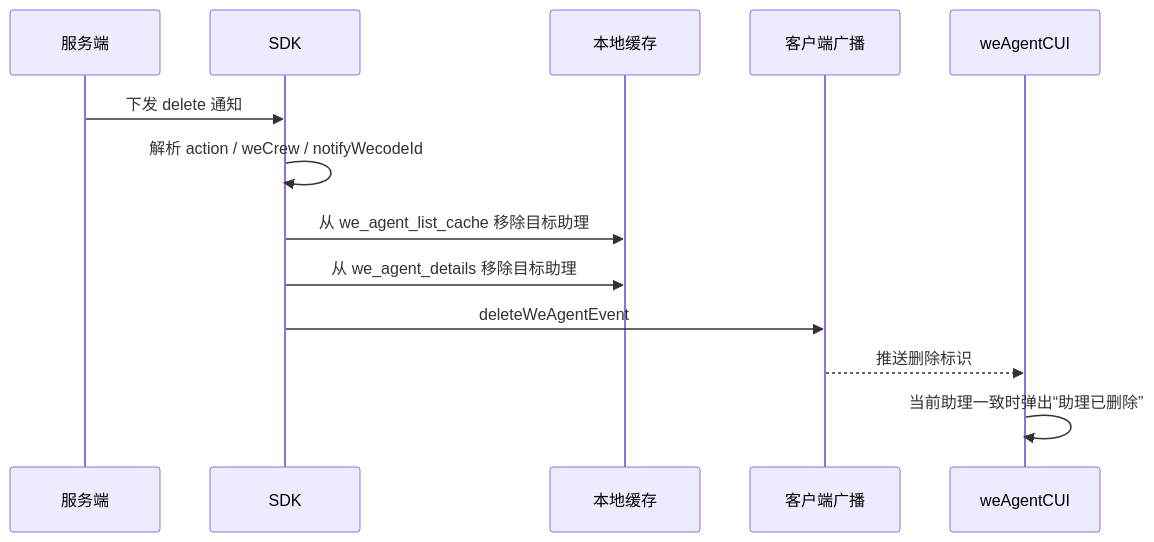
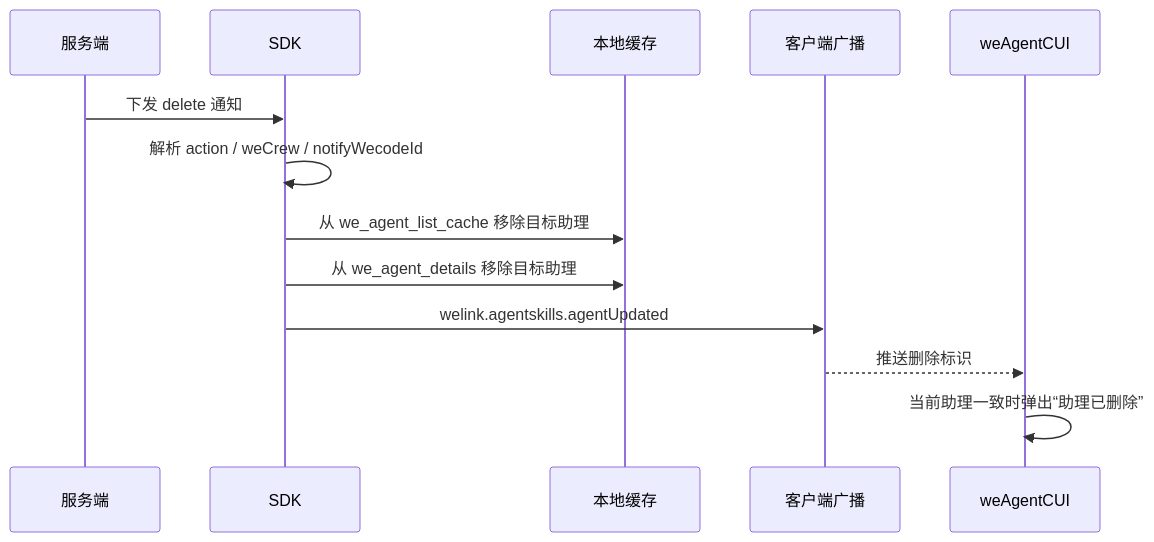
One commit to Abelsjcheng/skillSDK changed the fourth of 9 diagrams in 2026-05-08-we-agent-detail-sync-plan.md. Above: the diagram before and after it, drawn with Mermaid. The commit also changed other lines of this file, not shown here.

````diff
--- a/2026-05-08-we-agent-detail-sync-plan.md
+++ b/2026-05-08-we-agent-detail-sync-plan.md
@@ -116,16 +116,16 @@
 ```mermaid
 sequenceDiagram
     participant Server as 服务端
     participant SDK as SDK
     participant Cache as 本地缓存
     participant Broadcast as 客户端广播
     participant Page as weAgentCUI
 
     Server->>SDK: 下发 delete 通知
     SDK->>SDK: 解析 action / weCrew / notifyWecodeId
     SDK->>Cache: 从 we_agent_list_cache 移除目标助理
     SDK->>Cache: 从 we_agent_details 移除目标助理
-    SDK->>Broadcast: deleteWeAgentEvent
+    SDK->>Broadcast: welink.agentskills.agentUpdated
     Broadcast-->>Page: 推送删除标识
     Page->>Page: 当前助理一致时弹出“助理已删除”
 ```
````
